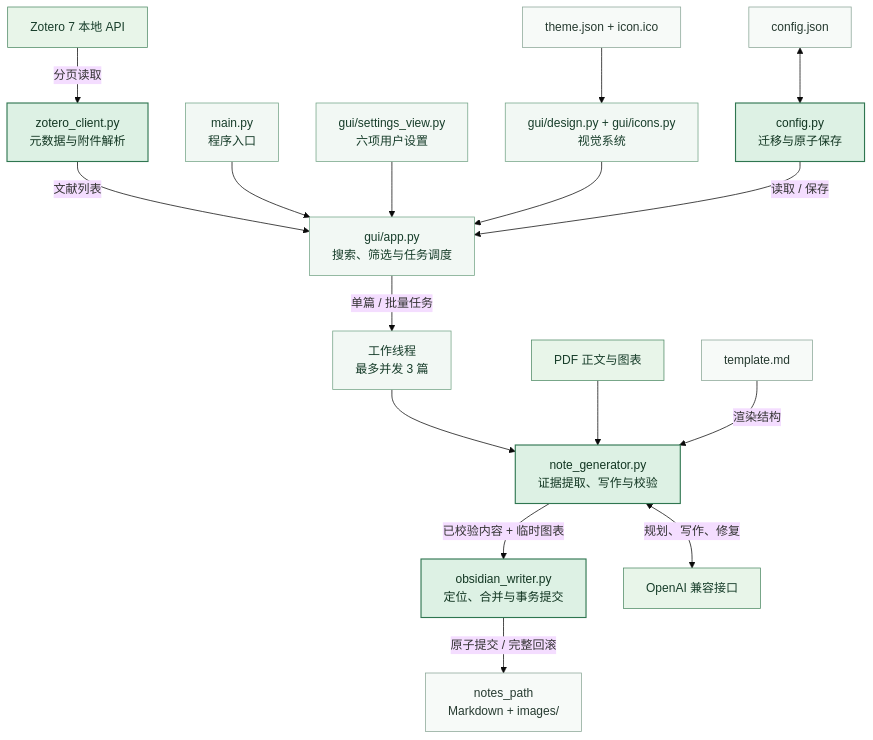
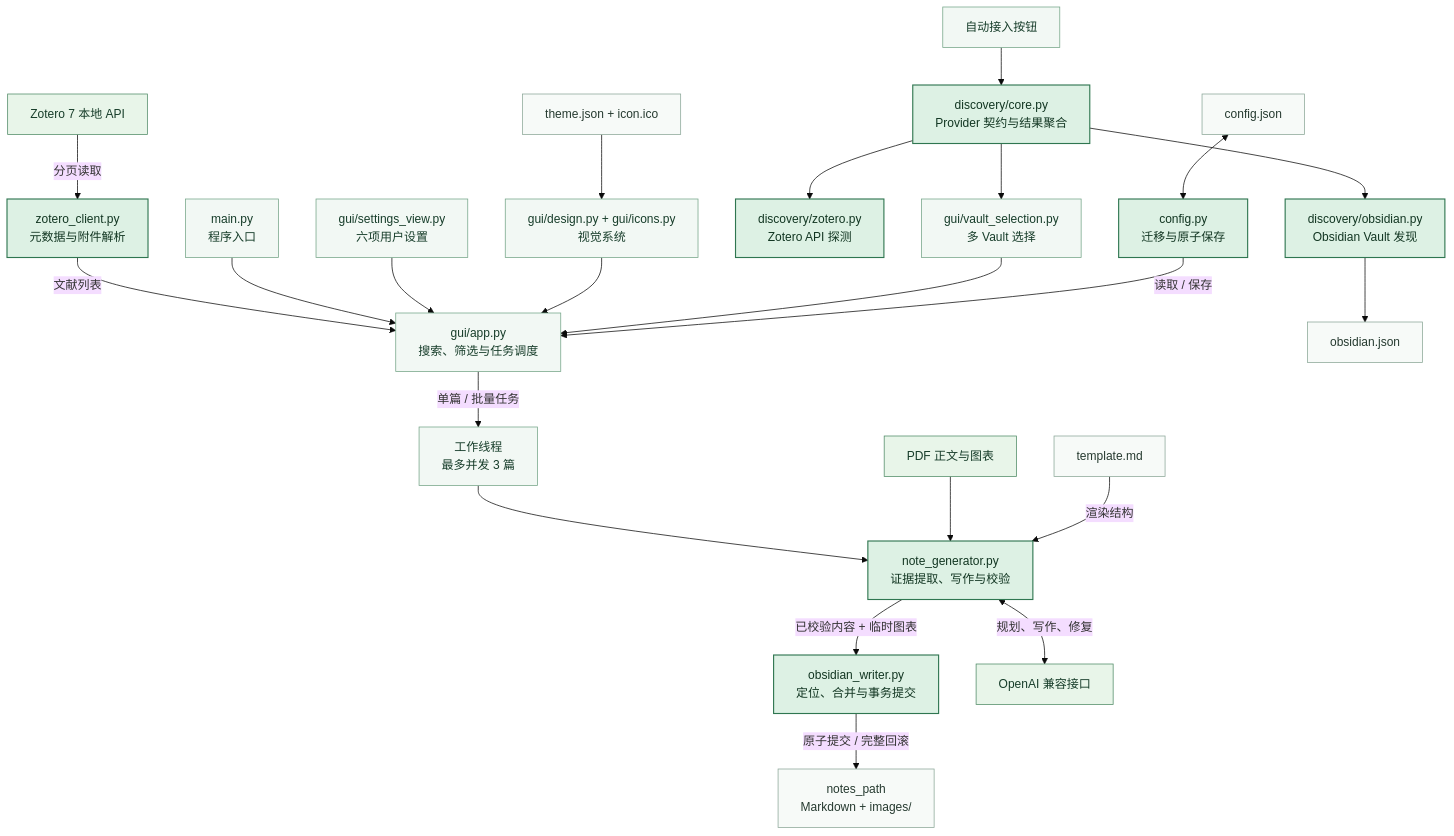
Before and after one commit to S0gn-G/ZOTERO-OBS: the diagram in README.md, drawn with Mermaid. The commit also changed other lines of this file and 11 other files, not shown here.

Commit message:
feat: add explicit Zotero and Obsidian discovery

````diff
--- a/README.md
+++ b/README.md
@@ -132,32 +134,38 @@
 ```mermaid
 %%{init: {"theme": "base", "themeVariables": {"fontFamily": "Microsoft YaHei UI, sans-serif"}}}%%
 flowchart TB
     ZOTERO["Zotero 7 本地 API"] -->|"分页读取"| ZCLIENT["zotero_client.py<br/>元数据与附件解析"]
     ZCLIENT -->|"文献列表"| APP["gui/app.py<br/>搜索、筛选与任务调度"]
     APP -->|"单篇 / 批量任务"| WORKERS["工作线程<br/>最多并发 3 篇"]
     WORKERS --> GENERATOR["note_generator.py<br/>证据提取、写作与校验"]
     GENERATOR -->|"已校验内容 + 临时图表"| WRITER["obsidian_writer.py<br/>定位、合并与事务提交"]
     WRITER -->|"原子提交 / 完整回滚"| NOTES["notes_path<br/>Markdown + images/"]
 
     ENTRY["main.py<br/>程序入口"] --> APP
     SETTINGS["gui/settings_view.py<br/>六项用户设置"] --> APP
     VISUAL["gui/design.py + gui/icons.py<br/>视觉系统"] --> APP
+    AUTOCONNECT["自动接入按钮"] --> DISCOVERY["discovery/core.py<br/>Provider 契约与结果聚合"]
+    DISCOVERY --> ZPROVIDER["discovery/zotero.py<br/>Zotero API 探测"]
+    DISCOVERY --> OPROVIDER["discovery/obsidian.py<br/>Obsidian Vault 发现"]
+    OPROVIDER --> OBSREG["obsidian.json"]
+    DISCOVERY --> VAULTUI["gui/vault_selection.py<br/>多 Vault 选择"]
+    VAULTUI --> APP
 
     CFGFILE["config.json"] <--> CONFIG["config.py<br/>迁移与原子保存"]
     CONFIG -->|"读取 / 保存"| APP
     THEME["theme.json + icon.ico"] --> VISUAL
 
     PDF["PDF 正文与图表"] --> GENERATOR
     TEMPLATE["template.md"] -->|"渲染结构"| GENERATOR
     GENERATOR <-->|"规划、写作、修复"| LLM["OpenAI 兼容接口"]
 
     classDef source fill:#E8F5E9,stroke:#4F8A66,color:#173D2A,stroke-width:1px;
     classDef ui fill:#F2F8F4,stroke:#74A487,color:#173D2A,stroke-width:1px;
     classDef core fill:#DDF1E4,stroke:#2F7650,color:#123622,stroke-width:1.5px;
     classDef storage fill:#F7FAF8,stroke:#8AA697,color:#263A30,stroke-width:1px;
 
     class ZOTERO,PDF,LLM source;
-    class ENTRY,APP,SETTINGS,VISUAL,WORKERS ui;
-    class ZCLIENT,GENERATOR,WRITER,CONFIG core;
-    class CFGFILE,THEME,TEMPLATE,NOTES storage;
+    class ENTRY,APP,SETTINGS,VISUAL,WORKERS,AUTOCONNECT,VAULTUI ui;
+    class ZCLIENT,GENERATOR,WRITER,CONFIG,DISCOVERY,ZPROVIDER,OPROVIDER core;
+    class CFGFILE,THEME,TEMPLATE,NOTES,OBSREG storage;
 ```
````
